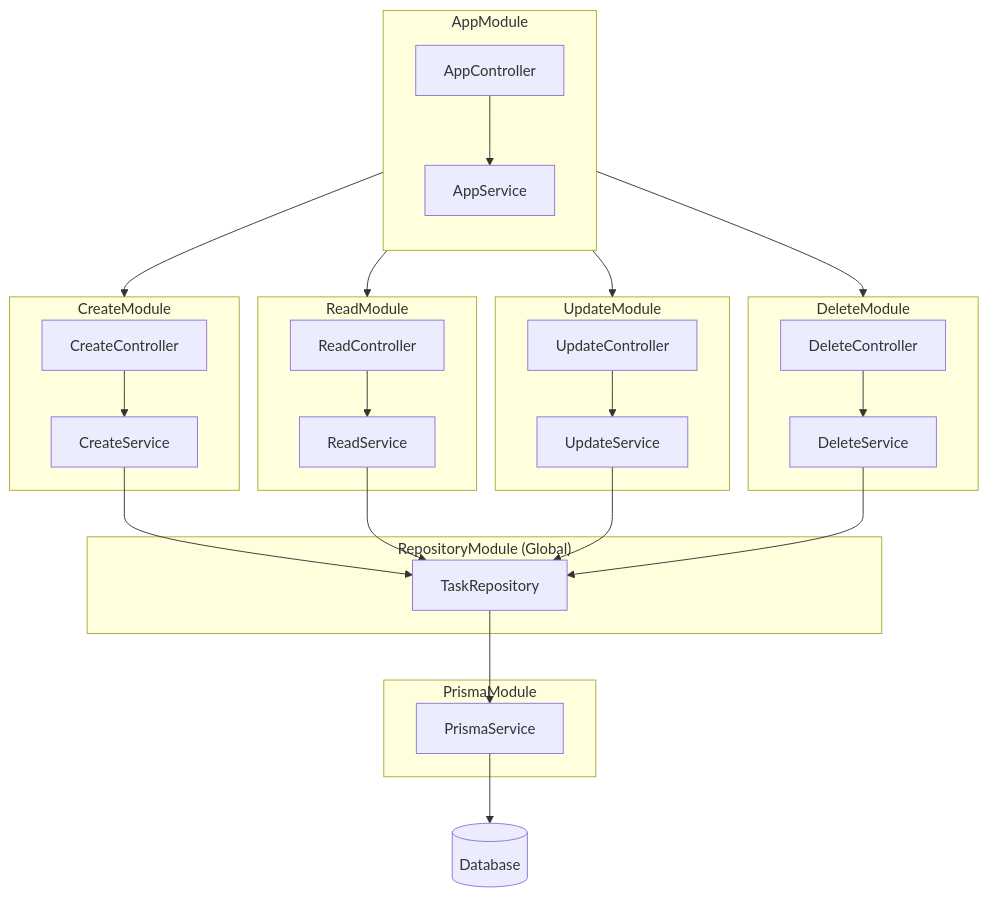
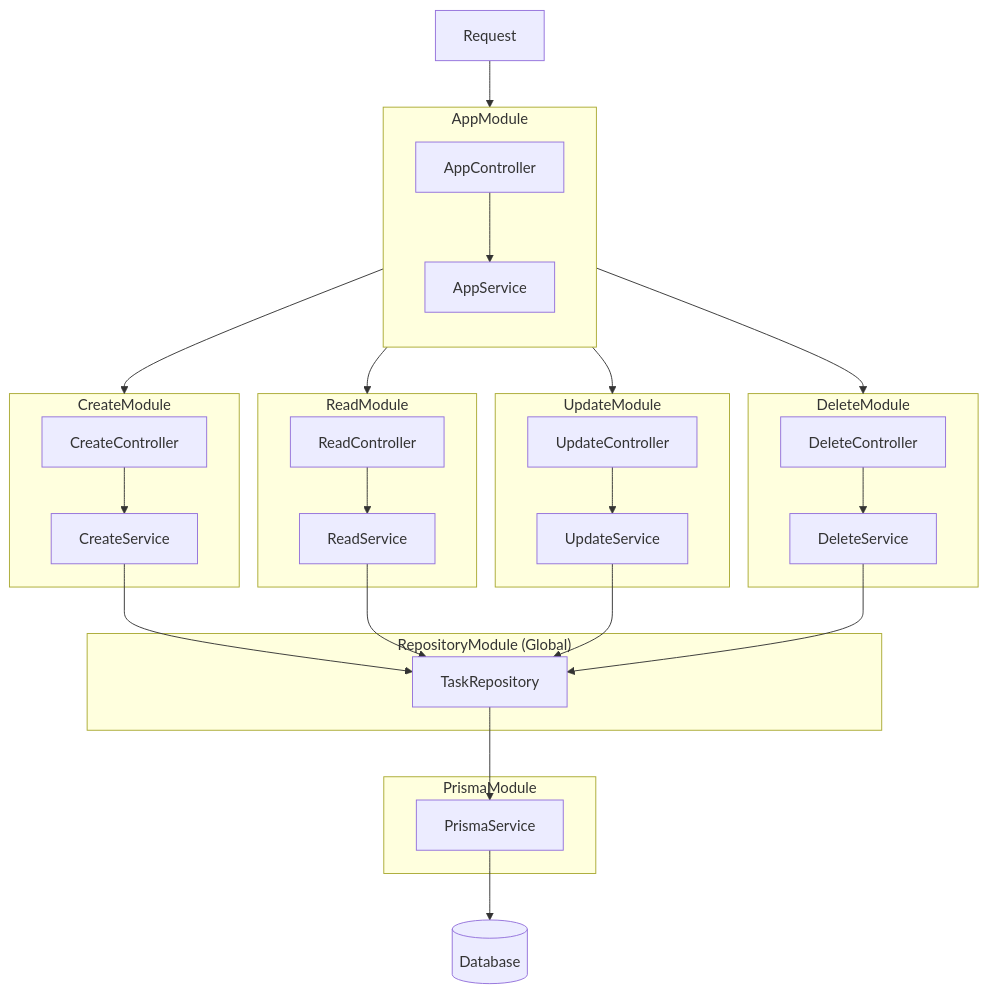
The diagram in README.md (Yoshinami03/NestJS-TODO-App), drawn with Mermaid before and after one commit.

Commit message:
update: アーキテクチャ図にRequestを追加した

````diff
--- a/README.md
+++ b/README.md
@@ -81,55 +81,56 @@
 ```mermaid
 flowchart TB
     subgraph App ["AppModule"]
         direction TB
         AppController-->
         AppService
     end
 
     subgraph Prisma ["PrismaModule"]
         PrismaService
     end
 
     subgraph Repository ["RepositoryModule (Global)"]
         TaskRepository
     end
 
     subgraph CreateMod ["CreateModule"]
         CreateController
         CreateService
     end
 
     subgraph ReadMod ["ReadModule"]
         ReadController
         ReadService
     end
 
     subgraph UpdateMod ["UpdateModule"]
         UpdateController
         UpdateService
     end
 
     subgraph DeleteMod ["DeleteModule"]
         DeleteController
         DeleteService
     end
 
     AppService --> CreateMod
     AppService --> ReadMod
     AppService --> UpdateMod
     AppService --> DeleteMod
 
     TaskRepository --> PrismaService
 
     CreateService --> TaskRepository
     ReadService --> TaskRepository
     UpdateService --> TaskRepository
     DeleteService --> TaskRepository
 
     CreateController --> CreateService
     ReadController --> ReadService
     UpdateController --> UpdateService
     DeleteController --> DeleteService
 
     PrismaService --> DB[("Database")]
+    Request --> App
 ```
````
